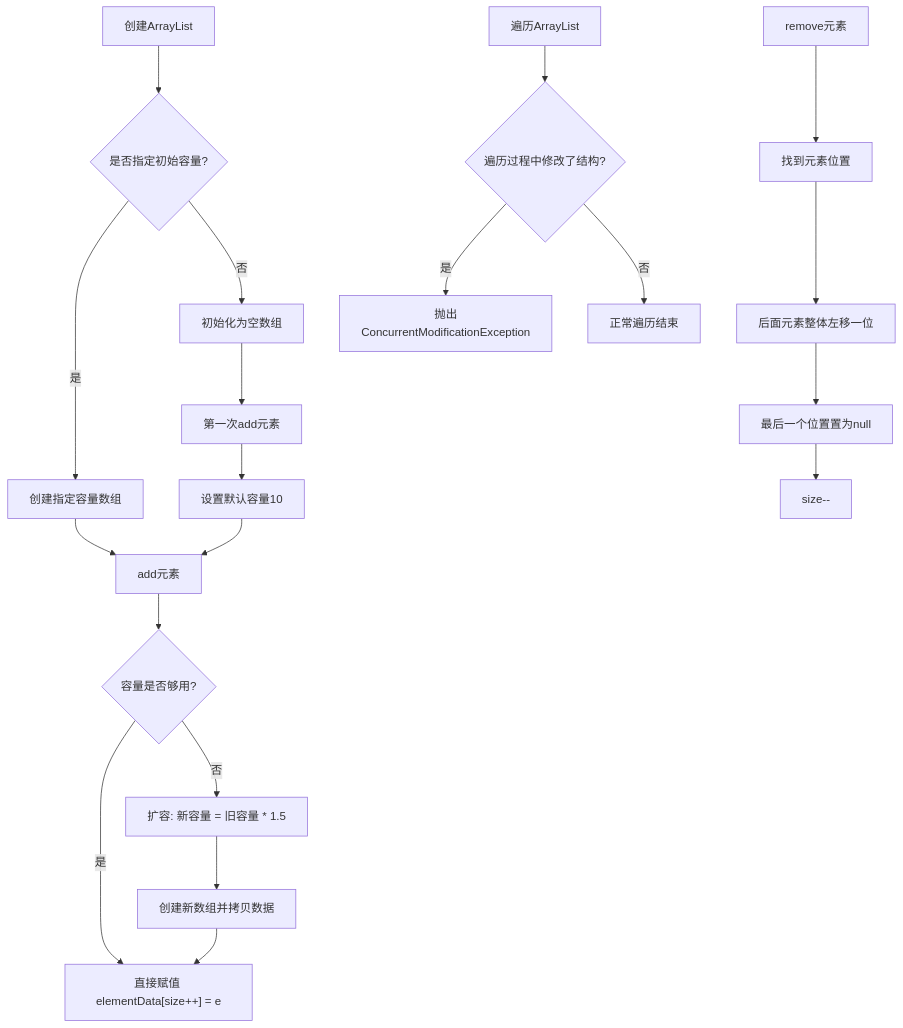
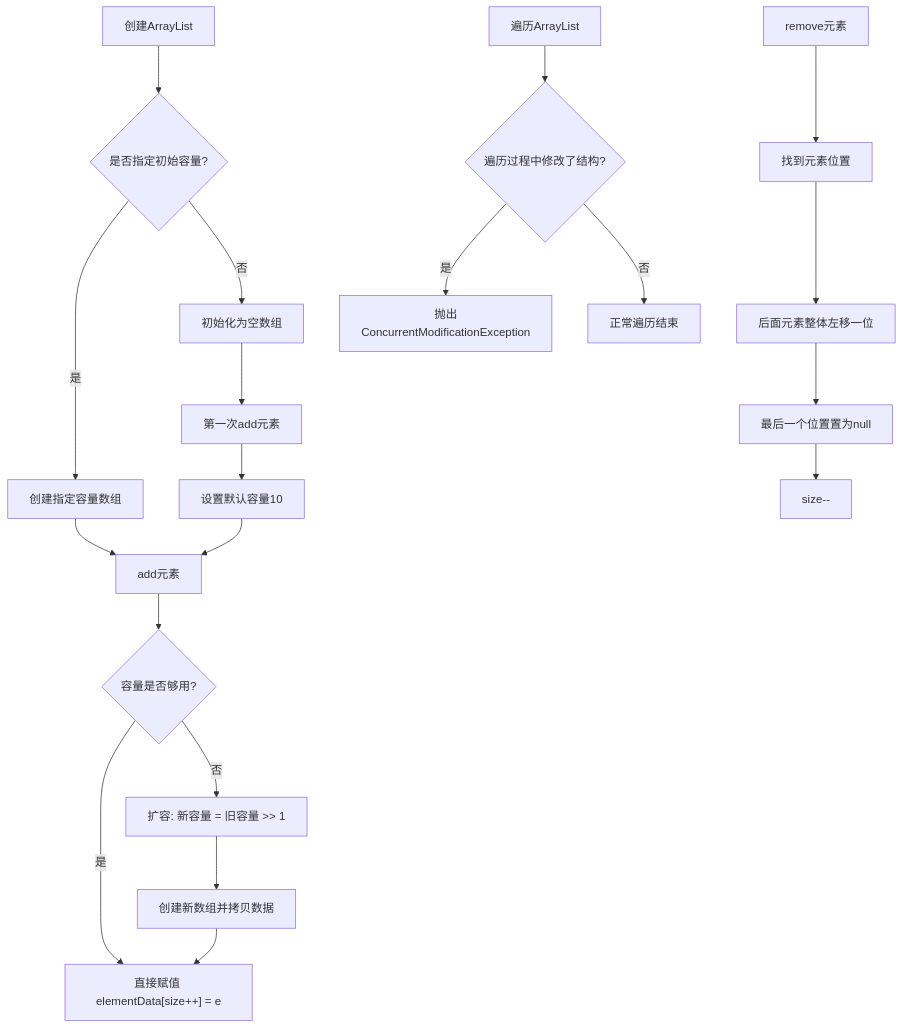
The second of 4 diagrams in src/list/ArrayList.md (hhzh/hhzh.github.io), drawn with Mermaid before and after one commit. The commit also changed other lines of this file and 38 other files, not shown here.

````diff
--- a/src/list/ArrayList.md
+++ b/src/list/ArrayList.md
@@ -15,23 +78,22 @@
 ```mermaid
 flowchart TD
     A[创建ArrayList] --> B{是否指定初始容量?}
     B -->|是| C[创建指定容量数组]
     B -->|否| D[初始化为空数组]
     D --> E[第一次add元素]
     E --> F[设置默认容量10]
     C --> G[add元素]
     F --> G
     G --> H{容量是否够用?}
-    %% 修改点：给包含特殊符号的文本加上双引号
     H -->|是| I["直接赋值 elementData[size++] = e"]
-    H -->|否| J[扩容: 新容量 = 旧容量 * 1.5]
+    H -->|否| J[扩容: 新容量 = 旧容量 >> 1]
     J --> K[创建新数组并拷贝数据]
     K --> I
     L[remove元素] --> M[找到元素位置]
     M --> N[后面元素整体左移一位]
     N --> O[最后一个位置置为null]
     O --> P[size--]
     Q[遍历ArrayList] --> R{遍历过程中修改了结构?}
     R -->|是| S[抛出ConcurrentModificationException]
     R -->|否| T[正常遍历结束]
 ```
````
